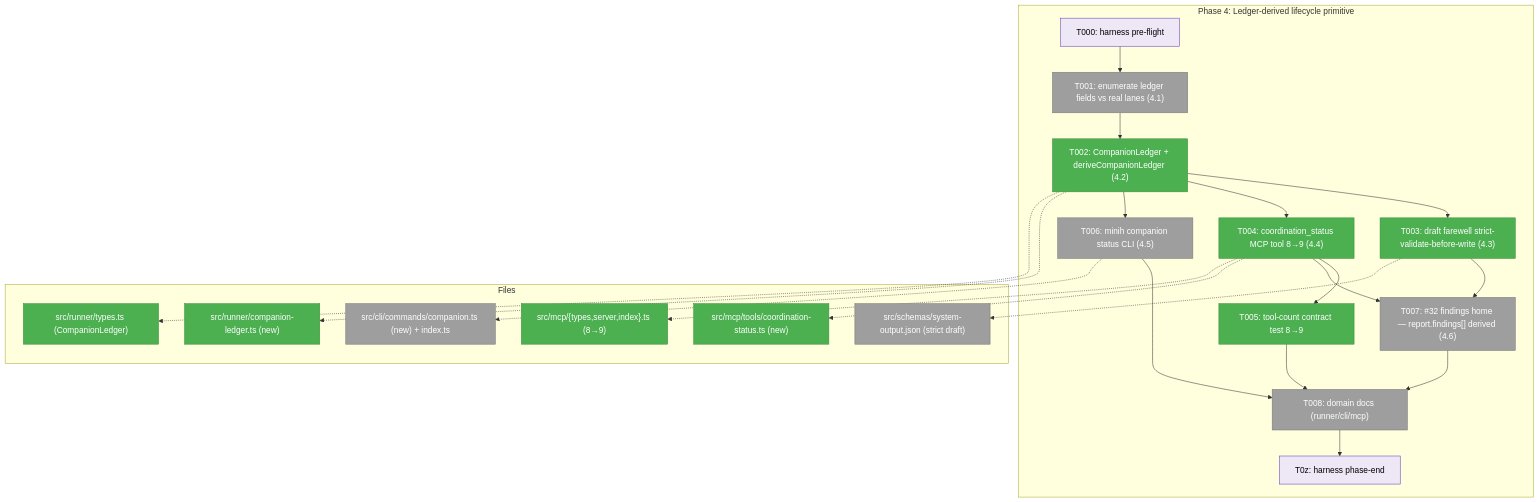
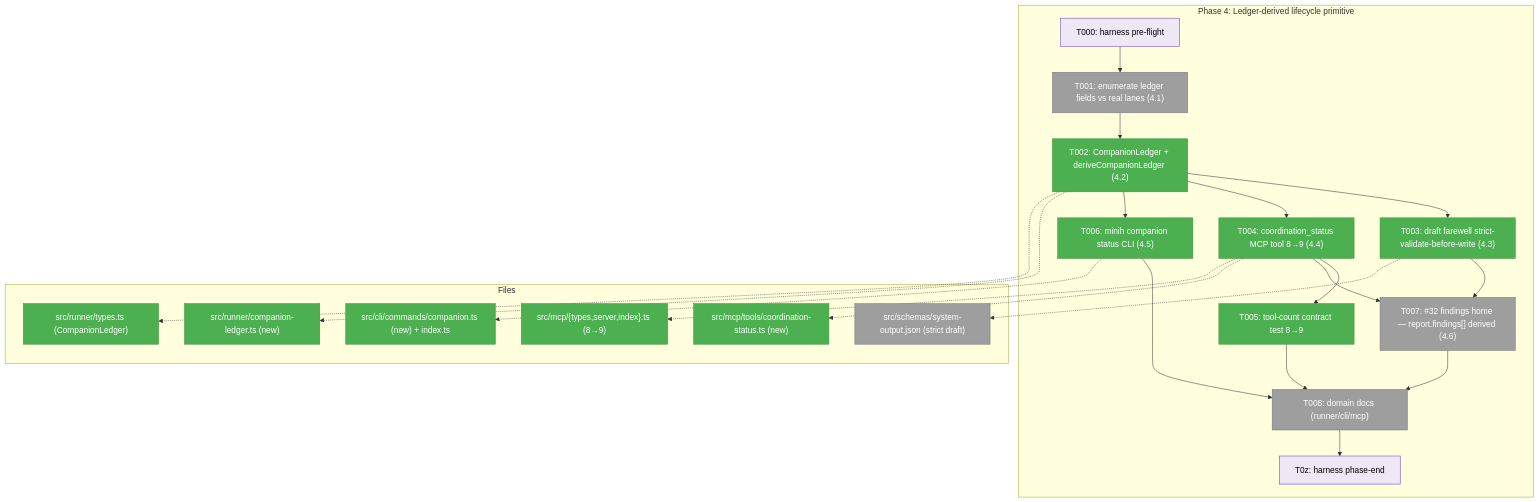
Before and after one commit to AI-Substrate/minih: the first of 3 diagrams in docs/plans/027-companion-coordination/tasks/phase-4-ledger-derived-lifecycle-primitive/tasks.md, drawn with Mermaid. The commit also changed other lines of this file and 4 other files, not shown here.

First line of the commit message:
feat(cli): minih companion status — outside surface over the shared ledger (#36, T006)

````diff
--- a/docs/plans/027-companion-coordination/tasks/phase-4-ledger-derived-lifecycle-primitive/tasks.md
+++ b/docs/plans/027-companion-coordination/tasks/phase-4-ledger-derived-lifecycle-primitive/tasks.md
@@ -100,44 +100,44 @@
 ```mermaid
 flowchart TD
     classDef pending fill:#9E9E9E,stroke:#757575,color:#fff
     classDef completed fill:#4CAF50,stroke:#388E3C,color:#fff
     classDef seam fill:#EDE7F6,stroke:#673AB7,color:#000
 
     subgraph Phase["Phase 4: Ledger-derived lifecycle primitive"]
         T000["T000: harness pre-flight"]:::seam
         T001["T001: enumerate ledger fields vs real lanes (4.1)"]:::pending
         T002["T002: CompanionLedger + deriveCompanionLedger (4.2)"]:::completed
         T003["T003: draft farewell strict-validate-before-write (4.3)"]:::completed
         T004["T004: coordination_status MCP tool 8→9 (4.4)"]:::completed
         T005["T005: tool-count contract test 8→9"]:::completed
-        T006["T006: minih companion status CLI (4.5)"]:::pending
+        T006["T006: minih companion status CLI (4.5)"]:::completed
         T007["T007: #32 findings home — report.findings[] derived (4.6)"]:::pending
         T008["T008: domain docs (runner/cli/mcp)"]:::pending
         T0z["T0z: harness phase-end"]:::seam
 
         T000 --> T001 --> T002 --> T003
         T002 --> T004 --> T005
         T002 --> T006
         T003 --> T007
         T004 --> T007
         T005 --> T008
         T006 --> T008
         T007 --> T008 --> T0z
     end
 
     subgraph Files["Files"]
         F1["src/runner/companion-ledger.ts (new)"]:::completed
         F2["src/runner/types.ts (CompanionLedger)"]:::completed
         F3["src/mcp/tools/coordination-status.ts (new)"]:::completed
         F4["src/mcp/{types,server,index}.ts (8→9)"]:::completed
-        F5["src/cli/commands/companion.ts (new) + index.ts"]:::pending
+        F5["src/cli/commands/companion.ts (new) + index.ts"]:::completed
         F6["src/schemas/system-output.json (strict draft)"]:::pending
     end
 
     T002 -.-> F1
     T002 -.-> F2
     T003 -.-> F6
     T004 -.-> F3
     T004 -.-> F4
     T006 -.-> F5
 ```
````
